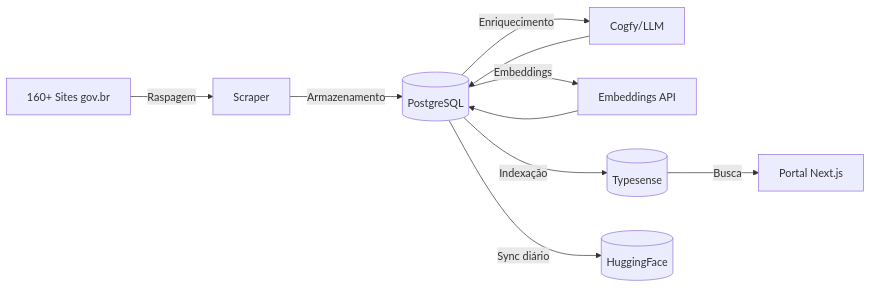
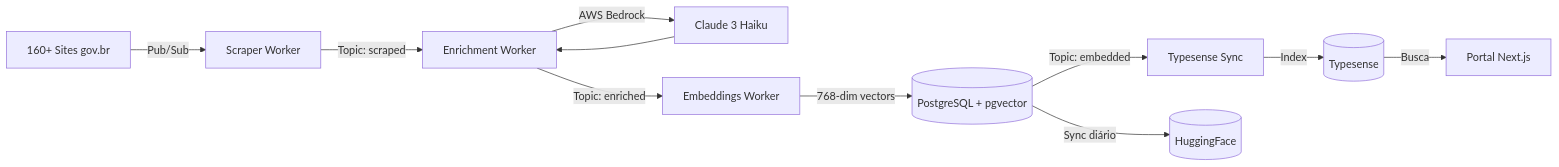
The second of 2 diagrams in docs/README.md (destaquesgovbr/docs), drawn with Mermaid before and after one commit. The commit also changed other lines of this file and 7 other files, not shown here.

````diff
--- a/docs/README.md
+++ b/docs/README.md
@@ -55,12 +58,13 @@
 ```mermaid
 flowchart LR
-    A[160+ Sites gov.br] -->|Raspagem| B[Scraper]
-    B -->|Armazenamento| C[(PostgreSQL)]
-    C -->|Enriquecimento| D[Cogfy/LLM]
+    A[160+ Sites gov.br] -->|Pub/Sub| B[Scraper Worker]
+    B -->|Topic: scraped| C[Enrichment Worker]
+    C -->|AWS Bedrock| D[Claude 3 Haiku]
     D --> C
-    C -->|Embeddings| E[Embeddings API]
-    E --> C
-    C -->|Indexação| F[(Typesense)]
-    F -->|Busca| G[Portal Next.js]
-    C -->|Sync diário| H[(HuggingFace)]
+    C -->|Topic: enriched| E[Embeddings Worker]
+    E -->|768-dim vectors| F[(PostgreSQL + pgvector)]
+    F -->|Topic: embedded| G[Typesense Sync]
+    G -->|Index| H[(Typesense)]
+    H -->|Busca| I[Portal Next.js]
+    F -->|Sync diário| J[(HuggingFace)]
 ```
````
